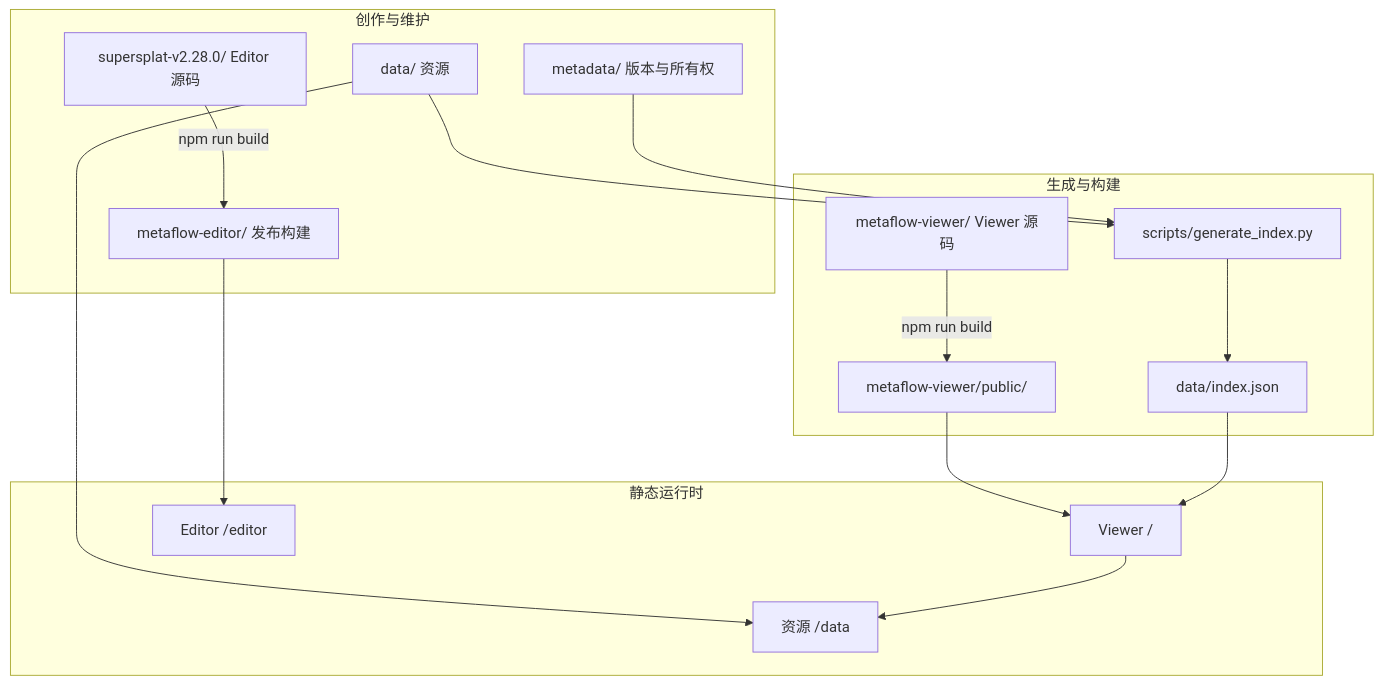
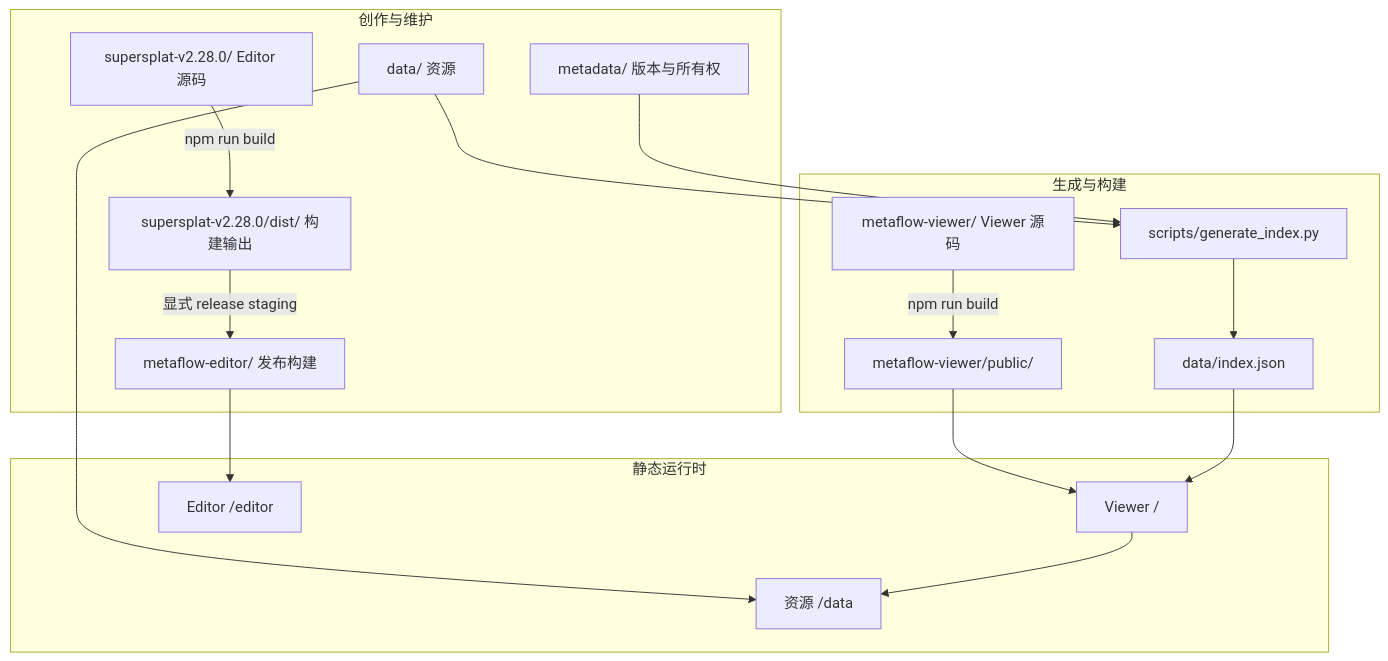
One commit to Shuang-su/Metaflow changed the second of 2 diagrams in docs/concepts/architecture.md. Above: the diagram before and after it, drawn with Mermaid. The commit also changed other lines of this file and 44 other files, not shown here.

````diff
--- a/docs/concepts/architecture.md
+++ b/docs/concepts/architecture.md
@@ -7,32 +20,34 @@
 ```mermaid
 flowchart TB
     subgraph Authoring["创作与维护"]
         ES["supersplat-v2.28.0/ Editor 源码"]
+        ED["supersplat-v2.28.0/dist/ 构建输出"]
         EB["metaflow-editor/ 发布构建"]
         D["data/ 资源"]
         M["metadata/ 版本与所有权"]
     end
 
     subgraph Build["生成与构建"]
         GI["scripts/generate_index.py"]
         IDX["data/index.json"]
         VS["metaflow-viewer/ Viewer 源码"]
         VP["metaflow-viewer/public/"]
     end
 
     subgraph Runtime["静态运行时"]
         V["Viewer /"]
         E["Editor /editor"]
         R["资源 /data"]
     end
 
-    ES -->|npm run build| EB
+    ES -->|npm run build| ED
+    ED -->|显式 release staging| EB
     D --> GI --> IDX
     M --> GI
     VS -->|npm run build| VP
     VP --> V
     EB --> E
     D --> R
     IDX --> V
     V --> R
 ```
````
